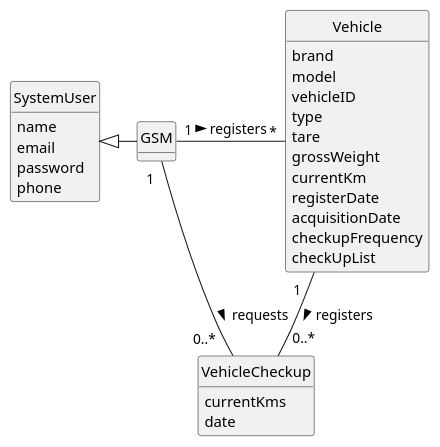
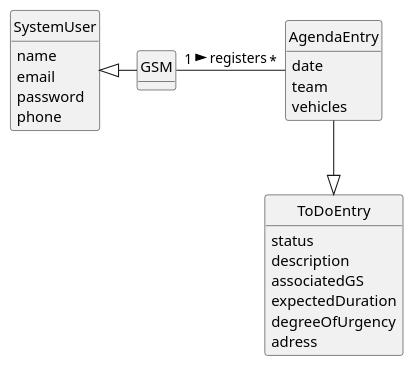
One commit to Departamento-de-Engenharia-Informatica/lei-24-s2-1do-g164 changed the diagram in docs/sprintC/us022/02.analysis/puml/us022-domain-model.puml. Above: the diagram before and after it, drawn with PlantUML. The commit also changed 1 other file, not shown here.

Commit message:
US22(docs): Engeneering requirements and domain model finished for us22

```diff
--- a/docs/sprintC/us022/02.analysis/puml/us022-domain-model.puml
+++ b/docs/sprintC/us022/02.analysis/puml/us022-domain-model.puml
@@ -1,52 +1,47 @@
 \@startuml
 skinparam monochrome true
 skinparam packageStyle rectangle
 skinparam shadowing false
 
 
 
 skinparam classAttributeIconSize 0
 
 hide circle
 hide methods
 
 
 class SystemUser {
     name
     email
     password
     phone
 
 }
 class GSM {
 
 }
 
-class VehicleCheckup {
-    currentKms
+class AgendaEntry {
     date
+    team
+    vehicles
+}
+
+class ToDoEntry {
+        status
+        description
+        associatedGS
+        expectedDuration
+        degreeOfUrgency
+        adress
+
 
 }
 
-class Vehicle {
-        brand
-        model
-        vehicleID
-        type
-        tare
-        grossWeight
-        currentKm
-        registerDate
-        acquisitionDate
-        checkupFrequency
-        checkUpList
-}
-
-
-GSM "1" - "*" Vehicle : registers >
-Vehicle "1   " -- "0..*                        " VehicleCheckup : registers >
-GSM "           1 " - "0..*   " VehicleCheckup : requests >
+GSM "1" - "*" AgendaEntry : registers >
 SystemUser <|- GSM
+AgendaEntry --|> ToDoEntry
 
 
 @enduml
```
